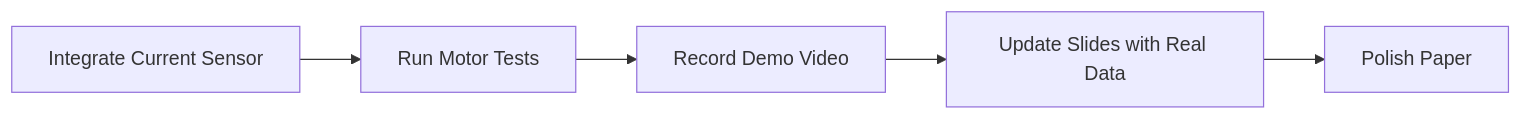
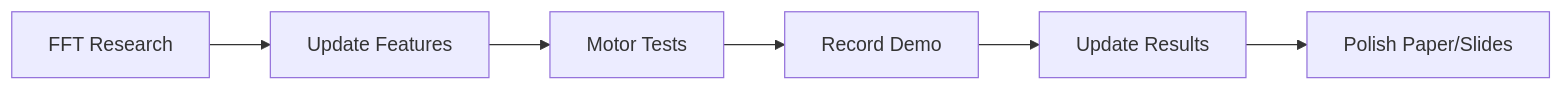
The diagram in docs/TASK_LIST.md (leekaize/tinyol-hitl), drawn with Mermaid before and after one commit. The commit also changed other lines of this file and 8 other files, not shown here.

````diff
--- a/docs/TASK_LIST.md
+++ b/docs/TASK_LIST.md
@@ -8,7 +5,8 @@
 ```mermaid
 flowchart LR
-    A[Integrate Current Sensor] --> B[Run Motor Tests]
-    B --> C[Record Demo Video]
-    C --> D[Update Slides with Real Data]
-    D --> E[Polish Paper]
+    A[FFT Research] --> B[Update Features]
+    B --> C[Motor Tests]
+    C --> D[Record Demo]
+    D --> E[Update Results]
+    E --> F[Polish Paper/Slides]
 ```
````
